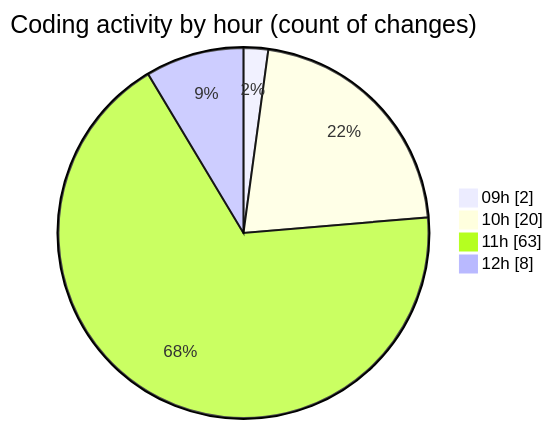
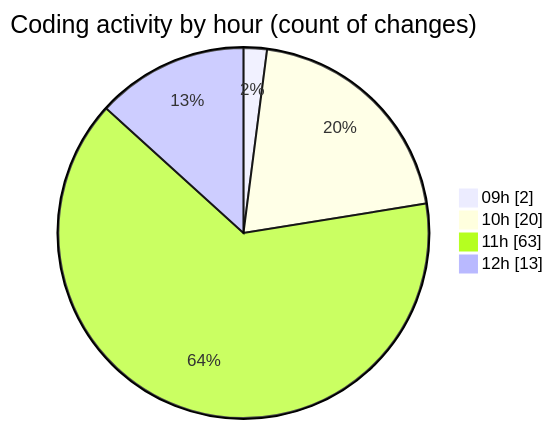
Before and after one commit to momahboobian/code-tracking: the second of 2 diagrams in 2025-04-08/cda/README.md, drawn with Mermaid. The commit also changed other lines of this file and 1 other file, not shown here.

````diff
--- a/2025-04-08/cda/README.md
+++ b/2025-04-08/cda/README.md
@@ -31,8 +31,8 @@
 ```mermaid
 pie showData
 title Coding activity by hour (count of changes)
 "09h" : 2
 "10h" : 20
 "11h" : 63
-"12h" : 8
+"12h" : 13
 ```
````
